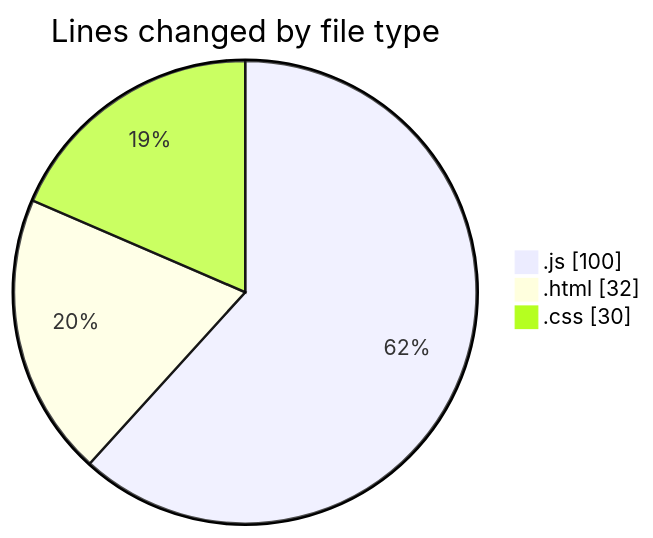
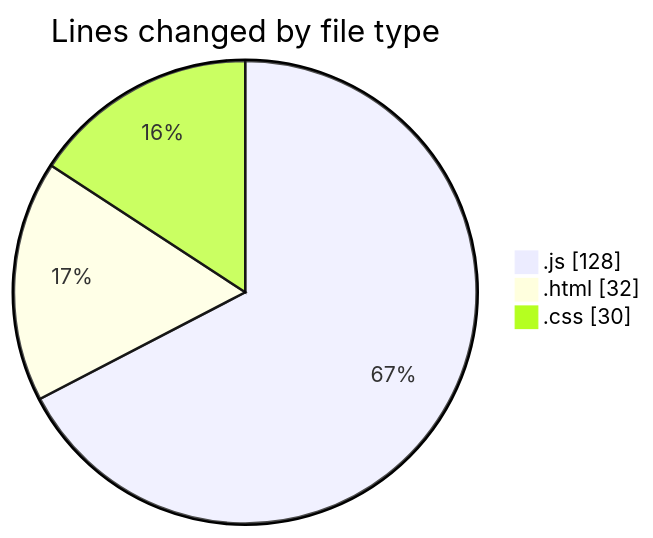
The first of 2 diagrams in 2025-01-24/projects/README.md (Ritupan-Deka/code-tracking), drawn with Mermaid before and after one commit. The commit also changed other lines of this file and 1 other file, not shown here.

````diff
--- a/2025-01-24/projects/README.md
+++ b/2025-01-24/projects/README.md
@@ -29,7 +29,7 @@
 ```mermaid
 pie showData
 title Lines changed by file type
-".js" : 100
+".js" : 128
 ".html" : 32
 ".css" : 30
 ```
````
